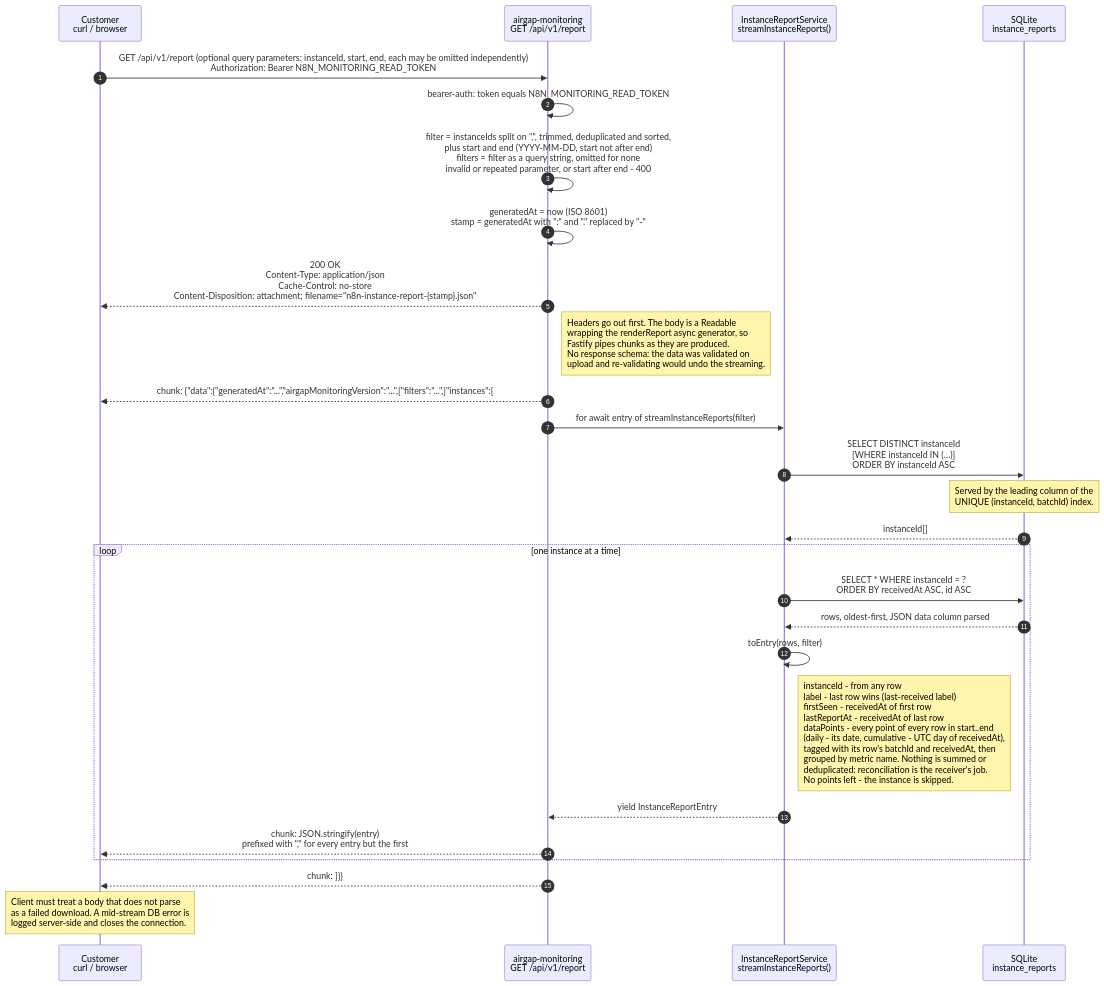
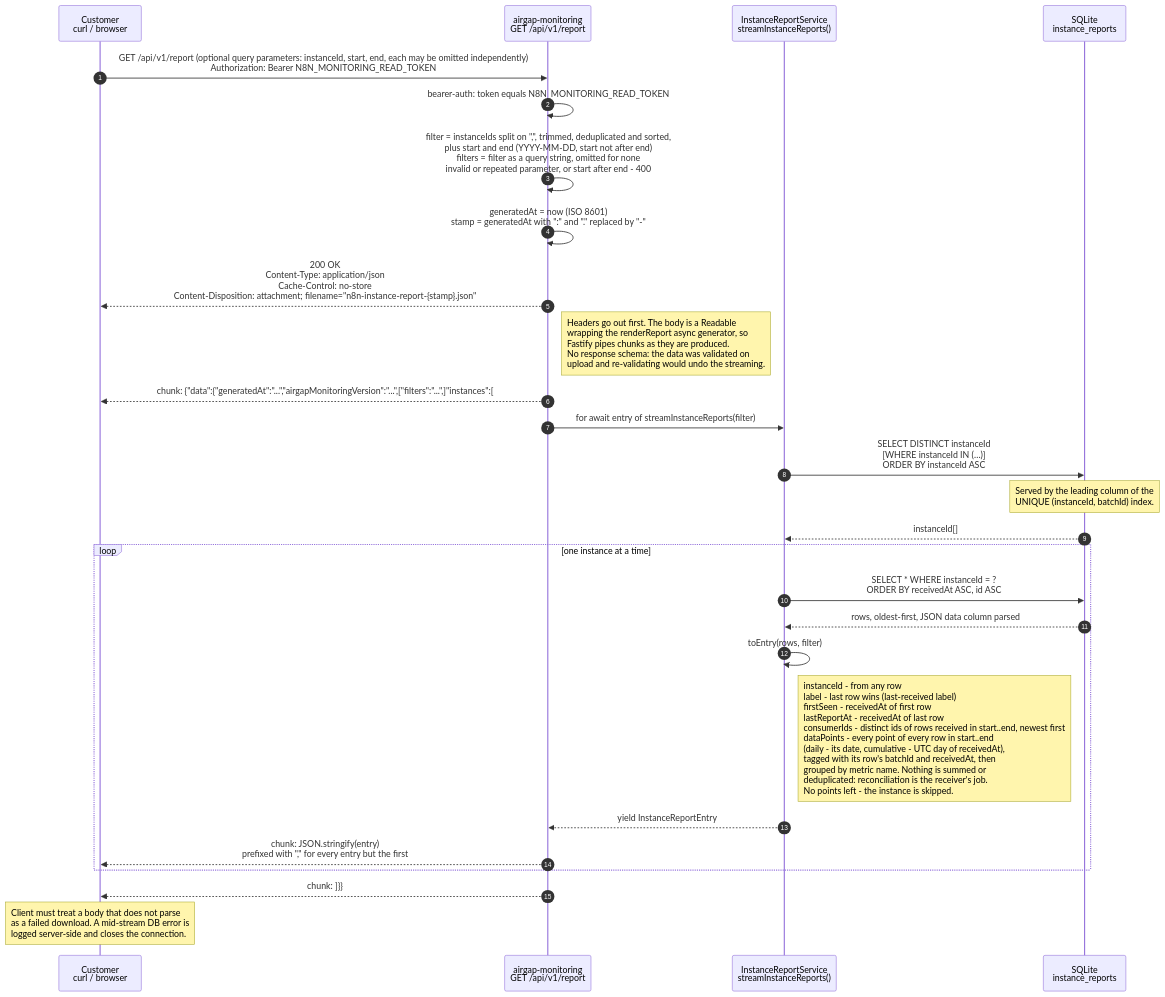
Before and after one commit to n8n-io/n8n-airgap-monitoring: the second of 2 diagrams in docs/DIAGRAMS.md, drawn with Mermaid. The commit also changed other lines of this file and 26 other files, not shown here.

````diff
--- a/docs/DIAGRAMS.md
+++ b/docs/DIAGRAMS.md
@@ -105,39 +107,40 @@
 ```mermaid
 ---
 config:
   sequence:
     noteAlign: left
 ---
 sequenceDiagram
     autonumber
     participant C as Customer<br/>curl / browser
     participant API as airgap-monitoring<br/>GET /api/v1/report
     participant SVC as InstanceReportService<br/>streamInstanceReports()
     participant DB as SQLite<br/>instance_reports
 
     C->>API: GET /api/v1/report (optional query parameters: instanceId, start, end, each may be omitted independently)<br/>Authorization: Bearer N8N_MONITORING_READ_TOKEN
     API->>API: bearer-auth: token equals N8N_MONITORING_READ_TOKEN
     API->>API: filter = instanceIds split on ",", trimmed, deduplicated and sorted,<br/>plus start and end (YYYY-MM-DD, start not after end)<br/>filters = filter as a query string, omitted for none<br/>invalid or repeated parameter, or start after end - 400
     API->>API: generatedAt = now (ISO 8601)<br/>stamp = generatedAt with ":" and "." replaced by "-"
+
     API-->>C: 200 OK<br/>Content-Type: application/json<br/>Cache-Control: no-store<br/>Content-Disposition: attachment#59; filename="n8n-instance-report-{stamp}.json"
     Note right of API: Headers go out first. The body is a Readable<br/>wrapping the renderReport async generator, so<br/>Fastify pipes chunks as they are produced.<br/>No response schema: the data was validated on<br/>upload and re-validating would undo the streaming.
 
     API-->>C: chunk: {"data":{"generatedAt":"...","airgapMonitoringVersion":"...",["filters":"...",]"instances":[
 
     API->>SVC: for await entry of streamInstanceReports(filter)
     SVC->>DB: SELECT DISTINCT instanceId<br/>[WHERE instanceId IN (…)]<br/>ORDER BY instanceId ASC
     Note over DB: Served by the leading column of the<br/>UNIQUE (instanceId, batchId) index.
     DB-->>SVC: instanceId[]
 
     loop one instance at a time
         SVC->>DB: SELECT * WHERE instanceId = ?<br/>ORDER BY receivedAt ASC, id ASC
         DB-->>SVC: rows, oldest-first, JSON data column parsed
         SVC->>SVC: toEntry(rows, filter)
-        Note right of SVC: instanceId - from any row<br/>label - last row wins (last-received label)<br/>firstSeen - receivedAt of first row<br/>lastReportAt - receivedAt of last row<br/>dataPoints - every point of every row in start..end<br/>(daily - its date, cumulative - UTC day of receivedAt),<br/>tagged with its row's batchId and receivedAt, then<br/>grouped by metric name. Nothing is summed or<br/>deduplicated: reconciliation is the receiver's job.<br/>No points left - the instance is skipped.
+        Note right of SVC: instanceId - from any row<br/>label - last row wins (last-received label)<br/>firstSeen - receivedAt of first row<br/>lastReportAt - receivedAt of last row<br/>consumerIds - distinct ids of rows received in start..end, newest first<br/>dataPoints - every point of every row in start..end<br/>(daily - its date, cumulative - UTC day of receivedAt),<br/>tagged with its row's batchId and receivedAt, then<br/>grouped by metric name. Nothing is summed or<br/>deduplicated: reconciliation is the receiver's job.<br/>No points left - the instance is skipped.
         SVC-->>API: yield InstanceReportEntry
         API-->>C: chunk: JSON.stringify(entry)<br/>prefixed with "," for every entry but the first
     end
 
     API-->>C: chunk: ]}}
     Note over C: Client must treat a body that does not parse<br/>as a failed download. A mid-stream DB error is<br/>logged server-side and closes the connection.
 ```
````
